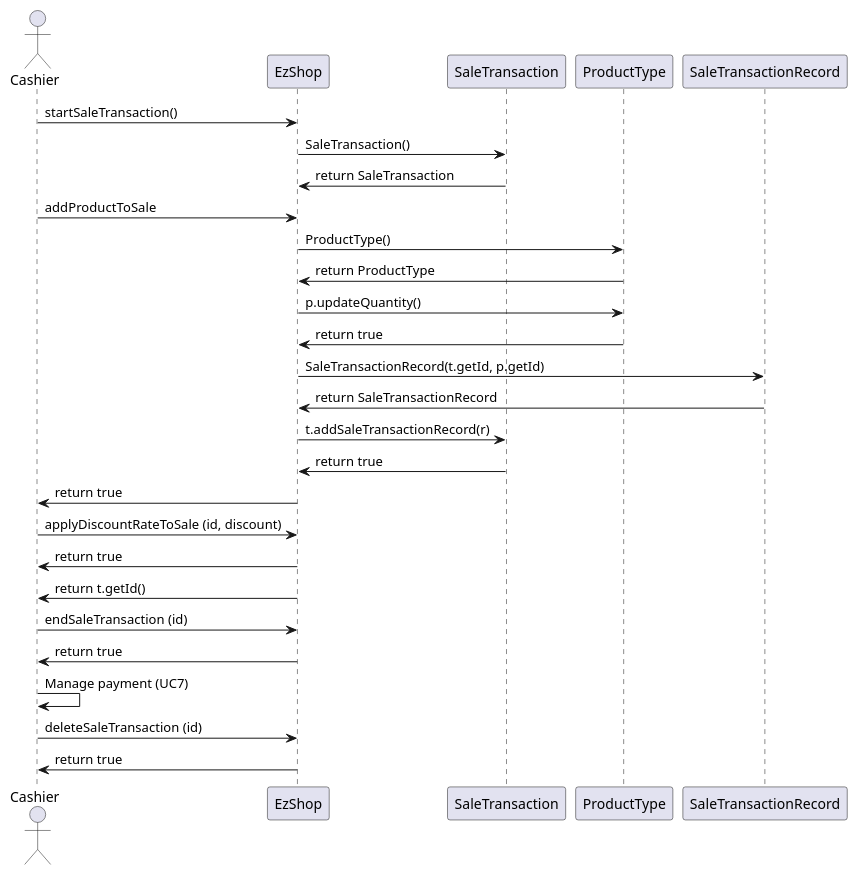
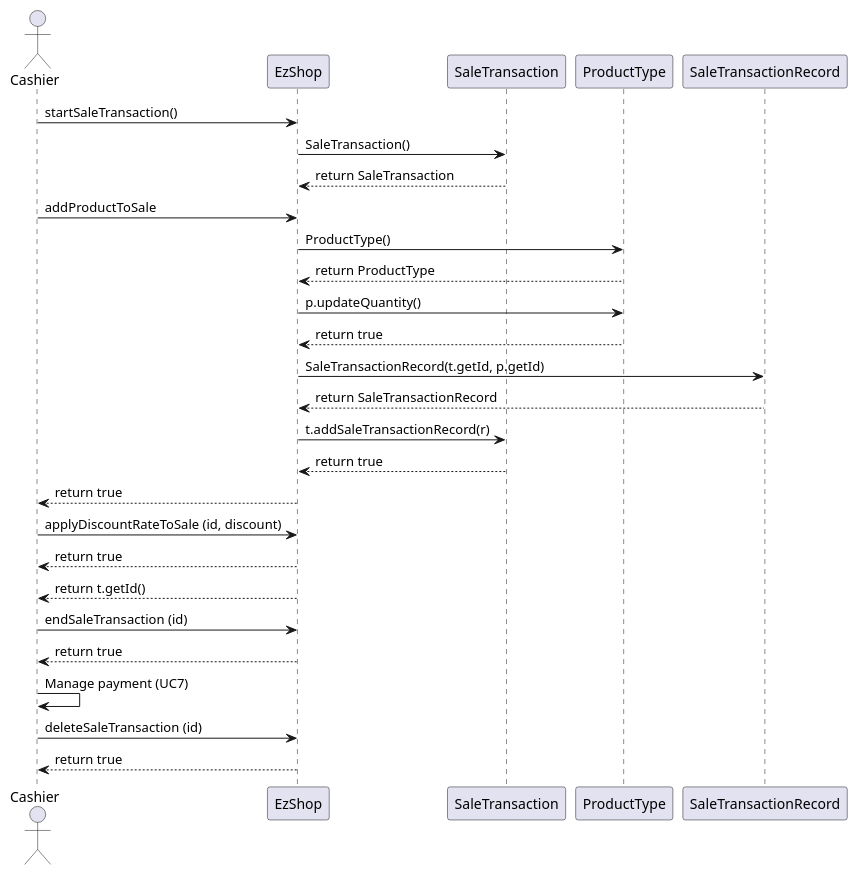
Diagram 20 of 28 in Deliverables/DesignDocument.md (paocela/EzShop), drawn with PlantUML before and after one commit. The commit also changed other lines of this file, not shown here.

````diff
--- a/Deliverables/DesignDocument.md
+++ b/Deliverables/DesignDocument.md
@@ -578,32 +578,32 @@
 ```plantuml
 
 actor Cashier
 Cashier -> EzShop : startSaleTransaction()
 EzShop -> SaleTransaction : SaleTransaction()
-EzShop <- SaleTransaction : return SaleTransaction
+EzShop <-- SaleTransaction : return SaleTransaction
 
 Cashier -> EzShop : addProductToSale
 EzShop -> ProductType : ProductType()
-EzShop <- ProductType : return ProductType
+EzShop <-- ProductType : return ProductType
 EzShop -> ProductType : p.updateQuantity()
-EzShop <- ProductType : return true
+EzShop <-- ProductType : return true
 EzShop -> SaleTransactionRecord : SaleTransactionRecord(t.getId, p.getId)
-EzShop <- SaleTransactionRecord : return SaleTransactionRecord
+EzShop <-- SaleTransactionRecord : return SaleTransactionRecord
 EzShop -> SaleTransaction : t.addSaleTransactionRecord(r)
-EzShop <- SaleTransaction : return true
-Cashier <- EzShop : return true
+EzShop <-- SaleTransaction : return true
+Cashier <-- EzShop : return true
 
 Cashier -> EzShop : applyDiscountRateToSale (id, discount)
-Cashier <- EzShop : return true
+Cashier <-- EzShop : return true
 
 
-Cashier <- EzShop : return t.getId()
+Cashier <-- EzShop : return t.getId()
 Cashier -> EzShop : endSaleTransaction (id)
-Cashier <- EzShop : return true
+Cashier <-- EzShop : return true
 
 
 Cashier -> Cashier : Manage payment (UC7)
 
 Cashier -> EzShop : deleteSaleTransaction (id)
-Cashier <- EzShop : return true
+Cashier <-- EzShop : return true
 ```
````
